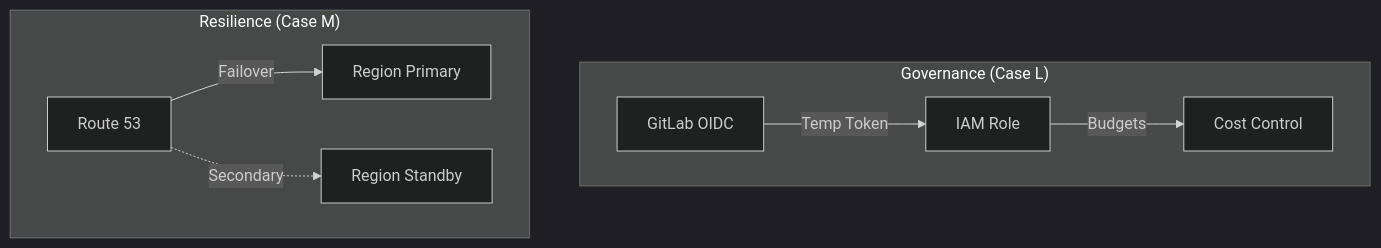
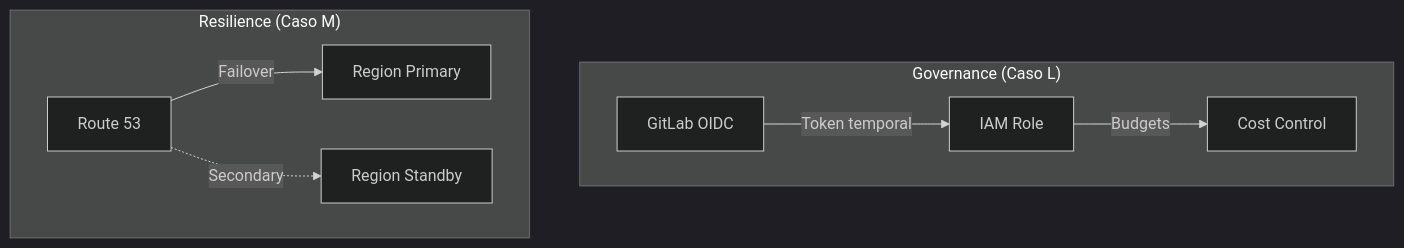
Before and after one commit to vladimiracunadev-create/proyectos-aws: the fourth of 4 diagrams in docs/ARCHITECTURE.md, drawn with Mermaid (dark theme). The commit also changed other lines of this file and 5 other files, not shown here.

````diff
--- a/docs/ARCHITECTURE.md
+++ b/docs/ARCHITECTURE.md
@@ -74,12 +85,12 @@
 ```mermaid
 graph TB
-    subgraph "Governance (Case L)"
-        L1[GitLab OIDC] -->|Temp Token| L2[IAM Role]
+    subgraph "Governance (Caso L)"
+        L1[GitLab OIDC] -->|Token temporal| L2[IAM Role]
         L2 -->|Budgets| L3[Cost Control]
     end
 
-    subgraph "Resilience (Case M)"
+    subgraph "Resilience (Caso M)"
         M1[Route 53] -->|Failover| M2[Region Primary]
         M1 -.->|Secondary| M3[Region Standby]
     end
 ```
````
